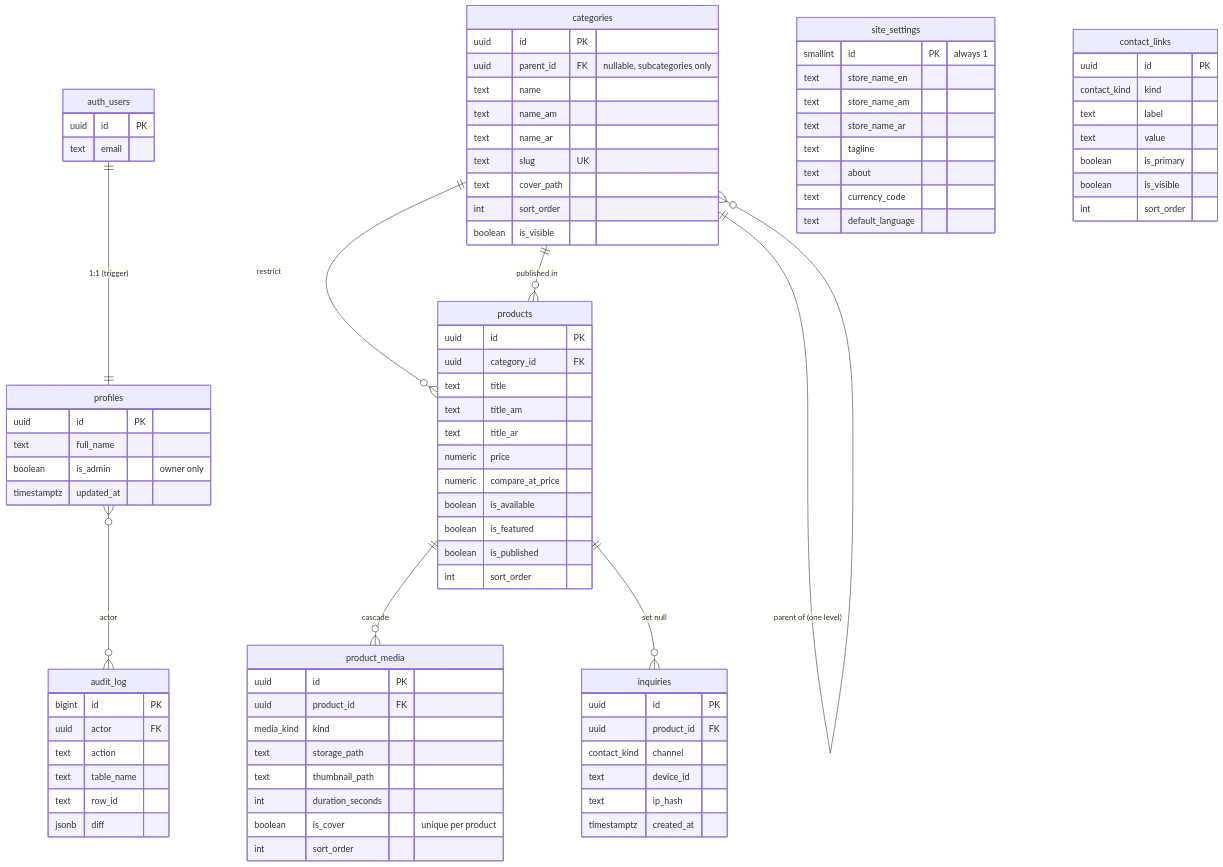
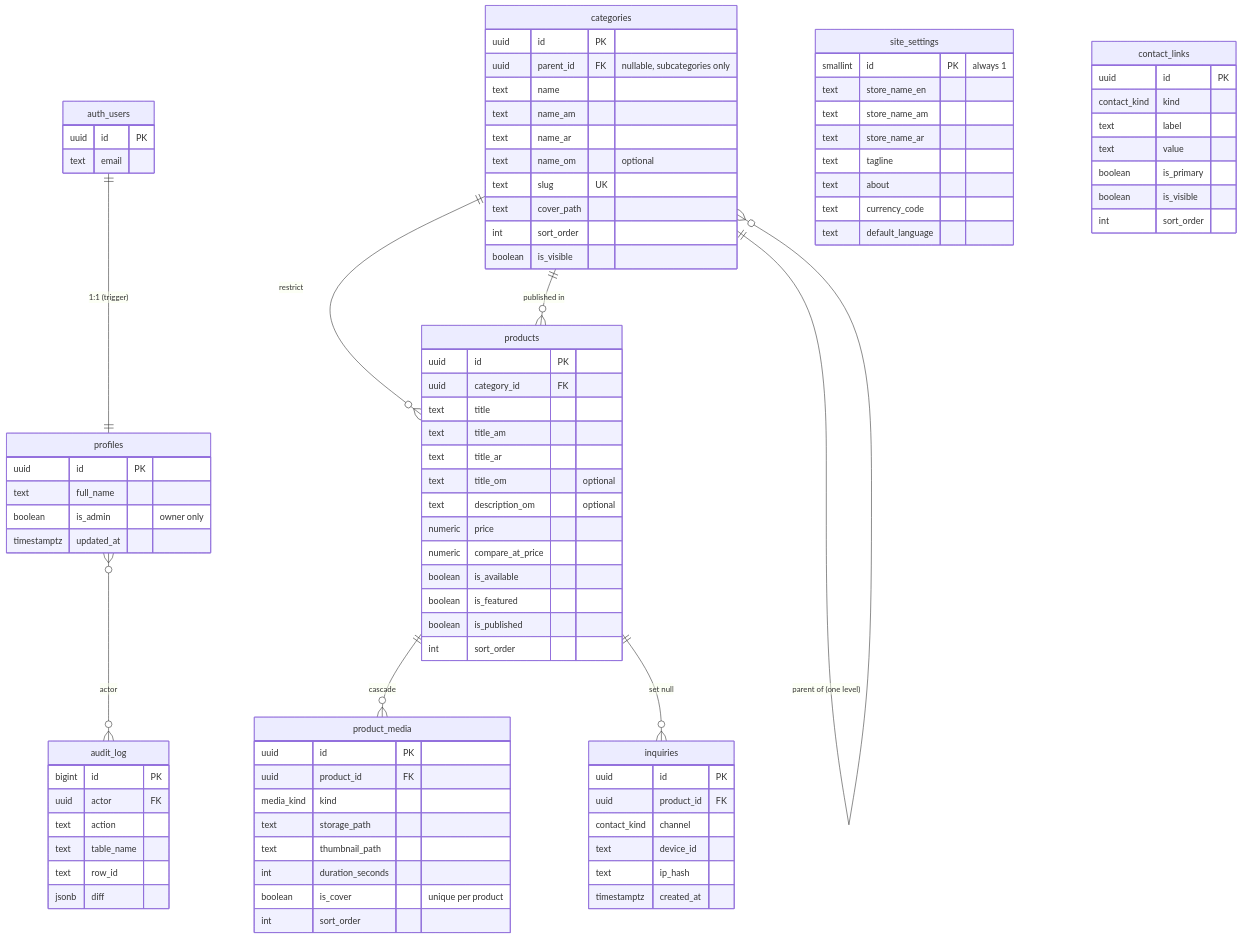
One commit to mededfami127-web/Amusheriff changed the diagram in docs/DATABASE.md. Above: the diagram before and after it, drawn with Mermaid. The commit also changed other lines of this file and 27 other files, not shown here.

```diff
--- a/docs/DATABASE.md
+++ b/docs/DATABASE.md
@@ -44,6 +44,7 @@
         text name
         text name_am
         text name_ar
+        text name_om "optional"
         text slug UK
         text cover_path
         int sort_order
@@ -55,6 +56,8 @@
         text title
         text title_am
         text title_ar
+        text title_om "optional"
+        text description_om "optional"
         numeric price
         numeric compare_at_price
         boolean is_available
```
